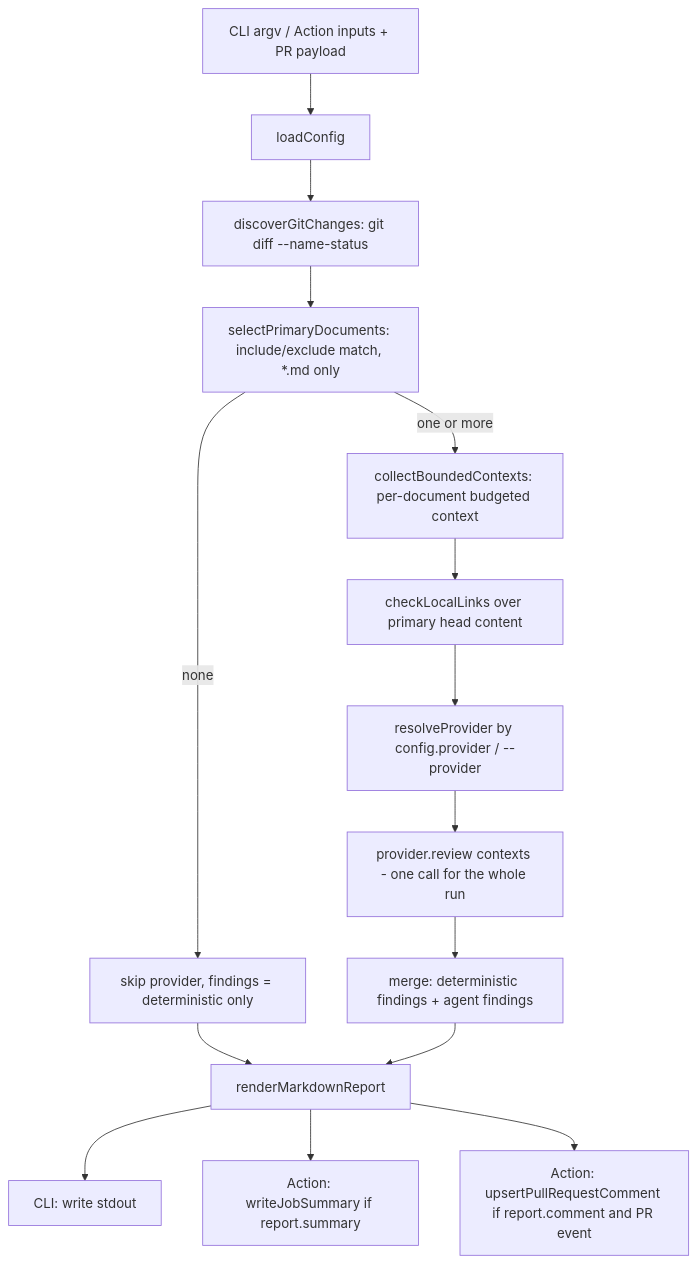
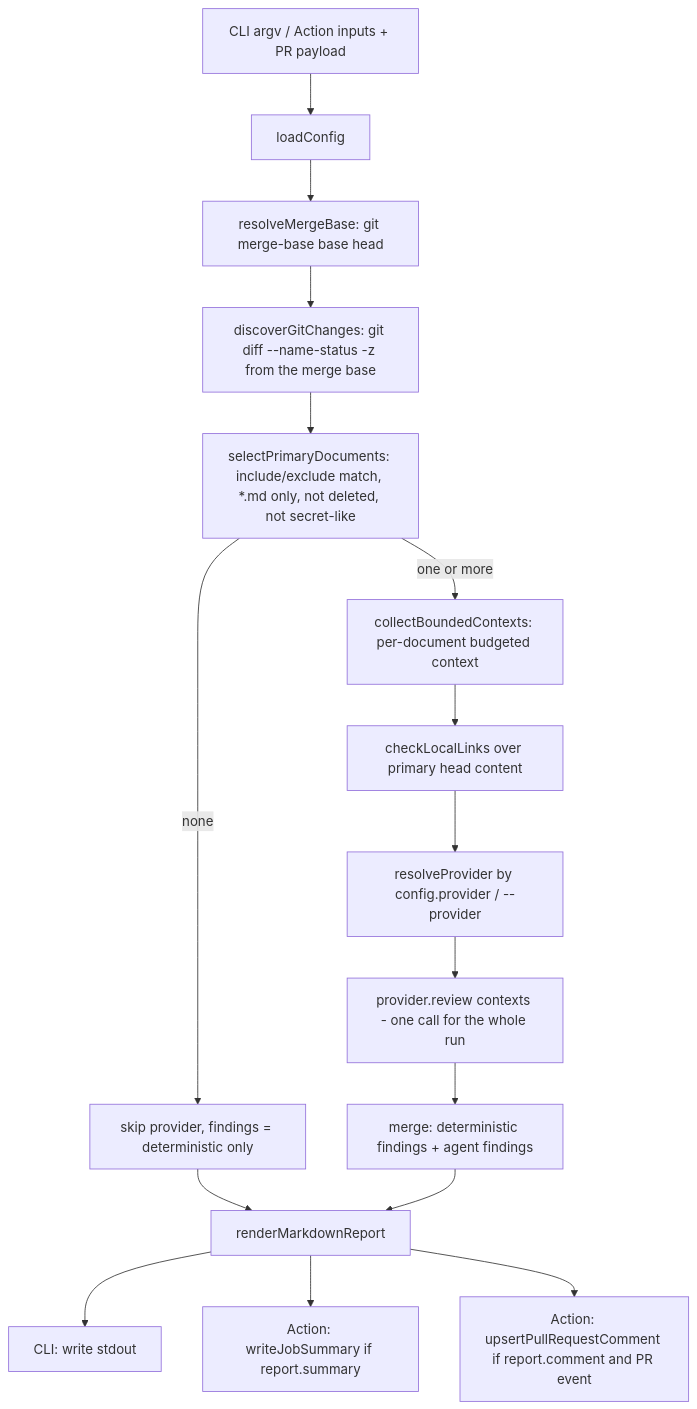
The diagram in docs/architecture.md (GoodDollar/goodwallet-scribe-agent), drawn with Mermaid before and after one commit. The commit also changed other lines of this file and 2 other files, not shown here.

First line of the commit message:
Document merge-base diffing, attachment delivery, and provider limits

````diff
--- a/docs/architecture.md
+++ b/docs/architecture.md
@@ -31,17 +37,18 @@
 ```mermaid
 flowchart TD
     A[CLI argv / Action inputs + PR payload] --> B[loadConfig]
-    B --> C[discoverGitChanges: git diff --name-status]
-    C --> D[selectPrimaryDocuments: include/exclude match, *.md only]
+    B --> B2[resolveMergeBase: git merge-base base head]
+    B2 --> C[discoverGitChanges: git diff --name-status -z from the merge base]
+    C --> D[selectPrimaryDocuments: include/exclude match, *.md only, not deleted, not secret-like]
     D -->|none| E[skip provider, findings = deterministic only]
     D -->|one or more| F[collectBoundedContexts: per-document budgeted context]
     F --> G[checkLocalLinks over primary head content]
     G --> H[resolveProvider by config.provider / --provider]
     H --> I[provider.review contexts - one call for the whole run]
     I --> J[merge: deterministic findings + agent findings]
     E --> K[renderMarkdownReport]
     J --> K
     K --> L[CLI: write stdout]
     K --> M[Action: writeJobSummary if report.summary]
     K --> N[Action: upsertPullRequestComment if report.comment and PR event]
 ```
````
